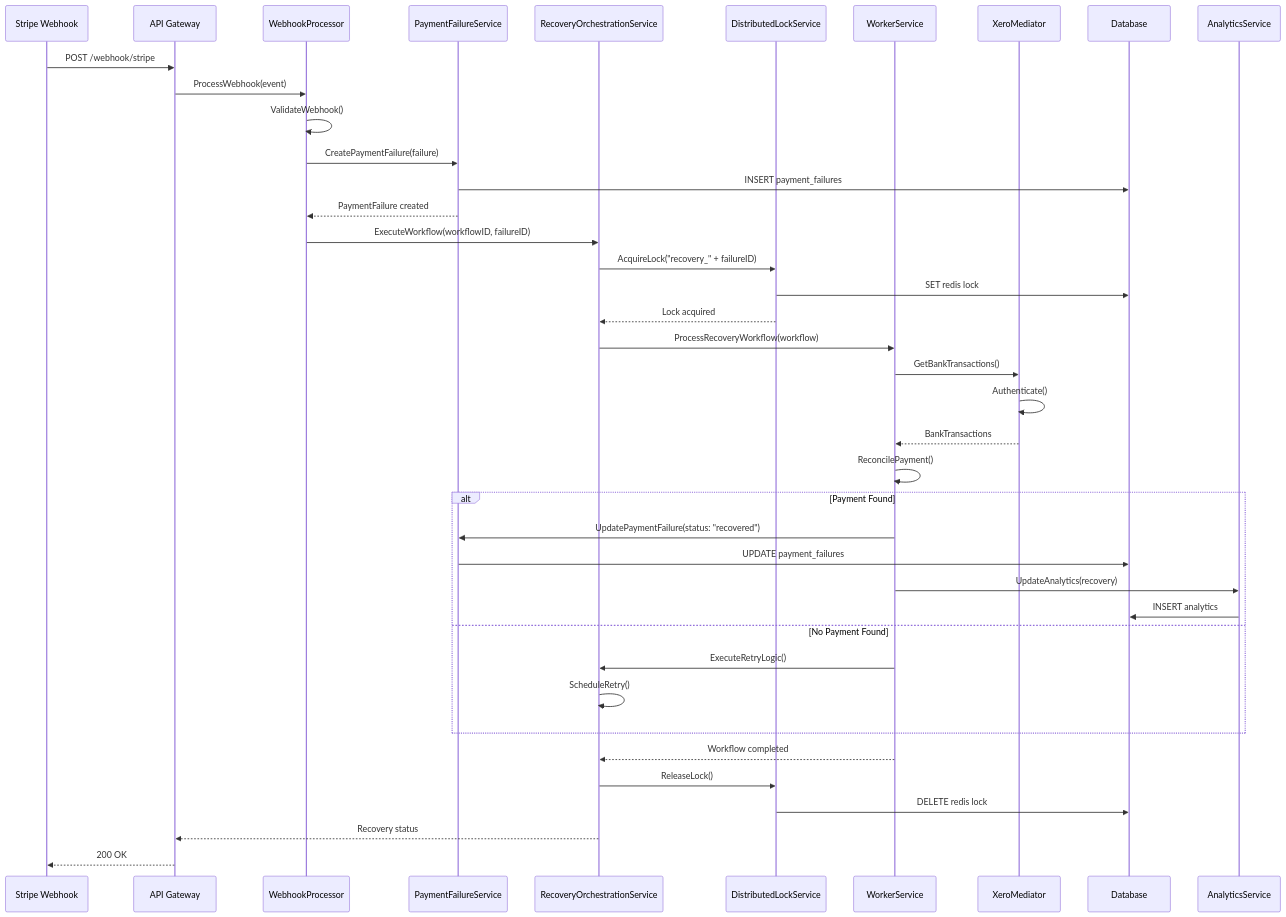
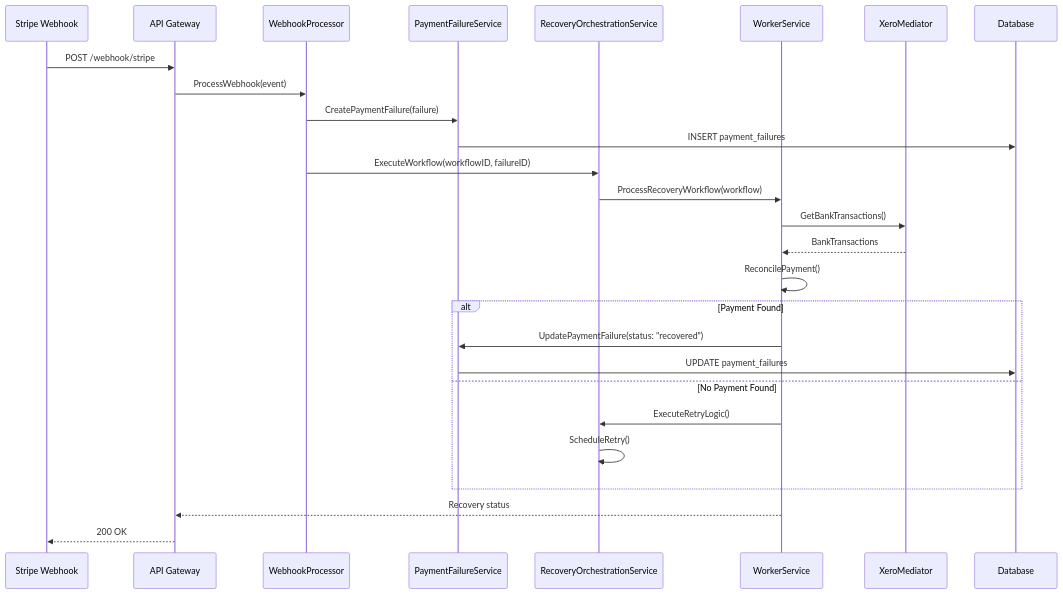
The third of 4 diagrams in README.md (sambitmohanty1/payment-watchdog), drawn with Mermaid before and after one commit. The commit also changed other lines of this file and 1 other file, not shown here.

First line of the commit message:
fix(api): resolve fmt.Sprintf format error in Redis connection

````diff
--- a/README.md
+++ b/README.md
@@ -999,46 +760,33 @@
 ```mermaid
 sequenceDiagram
     participant Stripe as Stripe Webhook
     participant API as API Gateway
     participant WP as WebhookProcessor
     participant PFS as PaymentFailureService
     participant ROS as RecoveryOrchestrationService
-    participant DLS as DistributedLockService
     participant Worker as WorkerService
     participant Xero as XeroMediator
     participant DB as Database
-    participant Analytics as AnalyticsService
 
     Stripe->>API: POST /webhook/stripe
     API->>WP: ProcessWebhook(event)
-    WP->>WP: ValidateWebhook()
     WP->>PFS: CreatePaymentFailure(failure)
     PFS->>DB: INSERT payment_failures
-    PFS-->>WP: PaymentFailure created
     WP->>ROS: ExecuteWorkflow(workflowID, failureID)
-    ROS->>DLS: AcquireLock("recovery_" + failureID)
-    DLS->>DB: SET redis lock
-    DLS-->>ROS: Lock acquired
     ROS->>Worker: ProcessRecoveryWorkflow(workflow)
     
     Worker->>Xero: GetBankTransactions()
-    Xero->>Xero: Authenticate()
     Xero-->>Worker: BankTransactions
     Worker->>Worker: ReconcilePayment()
     
     alt Payment Found
         Worker->>PFS: UpdatePaymentFailure(status: "recovered")
         PFS->>DB: UPDATE payment_failures
-        Worker->>Analytics: UpdateAnalytics(recovery)
-        Analytics->>DB: INSERT analytics
     else No Payment Found
         Worker->>ROS: ExecuteRetryLogic()
         ROS->>ROS: ScheduleRetry()
     end
     
-    Worker-->>ROS: Workflow completed
-    ROS->>DLS: ReleaseLock()
-    DLS->>DB: DELETE redis lock
-    ROS-->>API: Recovery status
+    Worker-->>API: Recovery status
     API-->>Stripe: 200 OK
 ```
````
